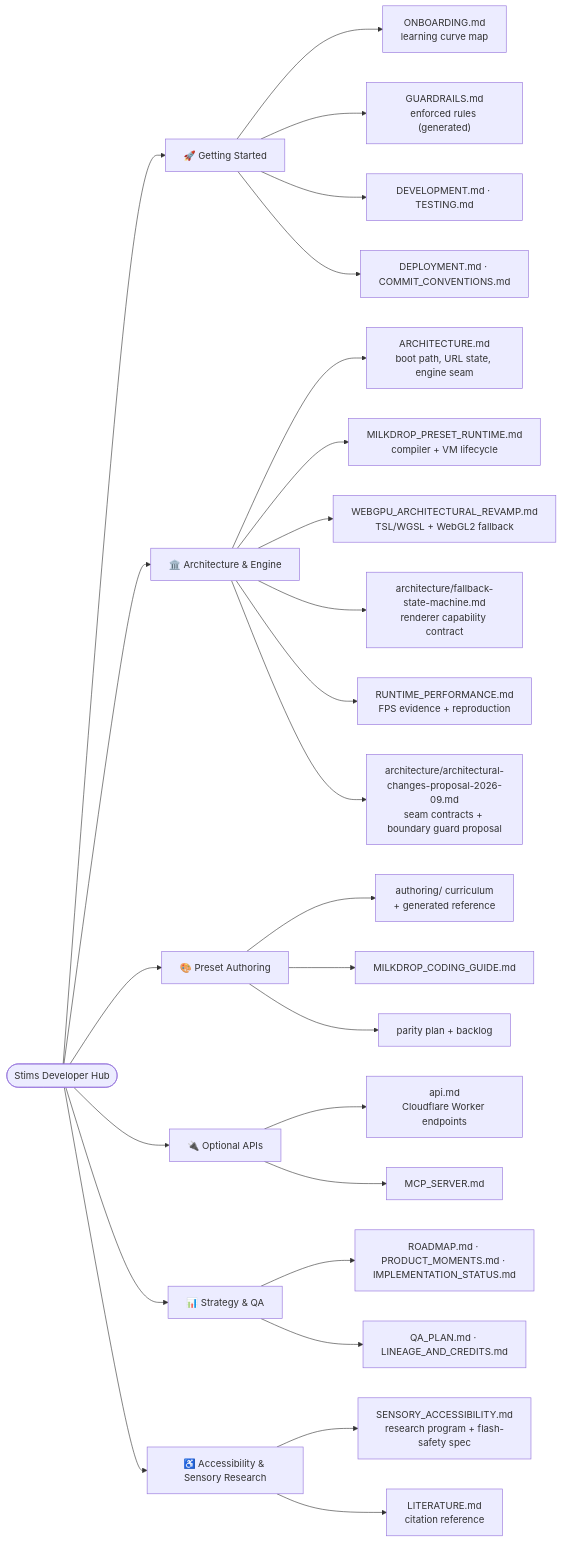
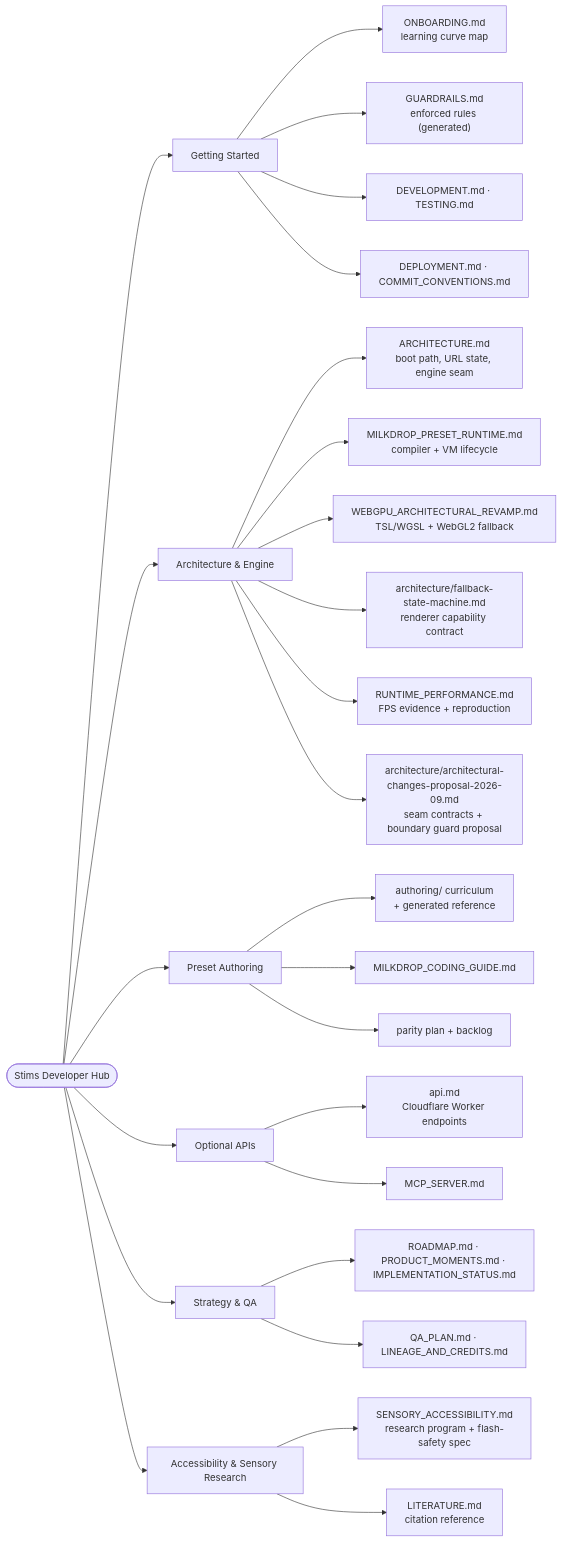
The diagram in docs/README.md (zz-plant/stims), drawn with Mermaid before and after one commit. The commit also changed other lines of this file and 2 other files, not shown here.

````diff
--- a/docs/README.md
+++ b/docs/README.md
@@ -11,36 +7,36 @@
 ```mermaid
 flowchart LR
   Start(["Stims Developer Hub"])
 
-  Start --> GS["🚀 Getting Started"]
-  Start --> Arch["🏛️ Architecture & Engine"]
-  Start --> Preset["🎨 Preset Authoring"]
-  Start --> API["🔌 Optional APIs"]
-  Start --> Strat["📊 Strategy & QA"]
-  Start --> Access["♿ Accessibility & Sensory Research"]
+  Start --> GS["Getting Started"]
+  Start --> Arch["Architecture & Engine"]
+  Start --> Preset["Preset Authoring"]
+  Start --> API["Optional APIs"]
+  Start --> Strat["Strategy & QA"]
+  Start --> Access["Accessibility & Sensory Research"]
 
   GS --> GS0["ONBOARDING.md<br/>learning curve map"]
   GS --> GS3["GUARDRAILS.md<br/>enforced rules (generated)"]
   GS --> GS1["DEVELOPMENT.md · TESTING.md"]
   GS --> GS2["DEPLOYMENT.md · COMMIT_CONVENTIONS.md"]
 
   Arch --> A1["ARCHITECTURE.md<br/>boot path, URL state, engine seam"]
   Arch --> A2["MILKDROP_PRESET_RUNTIME.md<br/>compiler + VM lifecycle"]
   Arch --> A3["WEBGPU_ARCHITECTURAL_REVAMP.md<br/>TSL/WGSL + WebGL2 fallback"]
   Arch --> A4["architecture/fallback-state-machine.md<br/>renderer capability contract"]
   Arch --> A5["RUNTIME_PERFORMANCE.md<br/>FPS evidence + reproduction"]
   Arch --> A6["architecture/architectural-changes-proposal-2026-09.md<br/>seam contracts + boundary guard proposal"]
 
   Preset --> P0["authoring/ curriculum<br/>+ generated reference"]
   Preset --> P1["MILKDROP_CODING_GUIDE.md"]
   Preset --> P2["parity plan + backlog"]
 
   API --> E1["api.md<br/>Cloudflare Worker endpoints"]
   API --> E2["MCP_SERVER.md"]
 
   Access --> AC1["SENSORY_ACCESSIBILITY.md<br/>research program + flash-safety spec"]
   Access --> AC2["LITERATURE.md<br/>citation reference"]
 
   Strat --> S1["ROADMAP.md · PRODUCT_MOMENTS.md · IMPLEMENTATION_STATUS.md"]
   Strat --> S2["QA_PLAN.md · LINEAGE_AND_CREDITS.md"]
 ```
````
